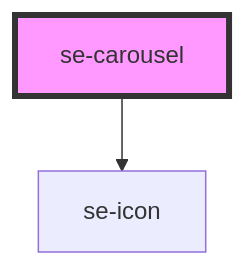
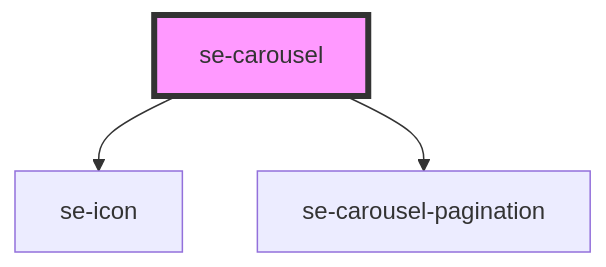
The diagram in libs/core/src/components/carousel/readme.md (robbiemcmullense/se-web-ui), drawn with Mermaid before and after one commit. The commit also changed other lines of this file and 16 other files, not shown here.

````diff
--- a/libs/core/src/components/carousel/readme.md
+++ b/libs/core/src/components/carousel/readme.md
@@ -29,5 +33,6 @@
 ```mermaid
 graph TD;
   se-carousel --> se-icon
+  se-carousel --> se-carousel-pagination
   style se-carousel fill:#f9f,stroke:#333,stroke-width:4px
 ```
````
